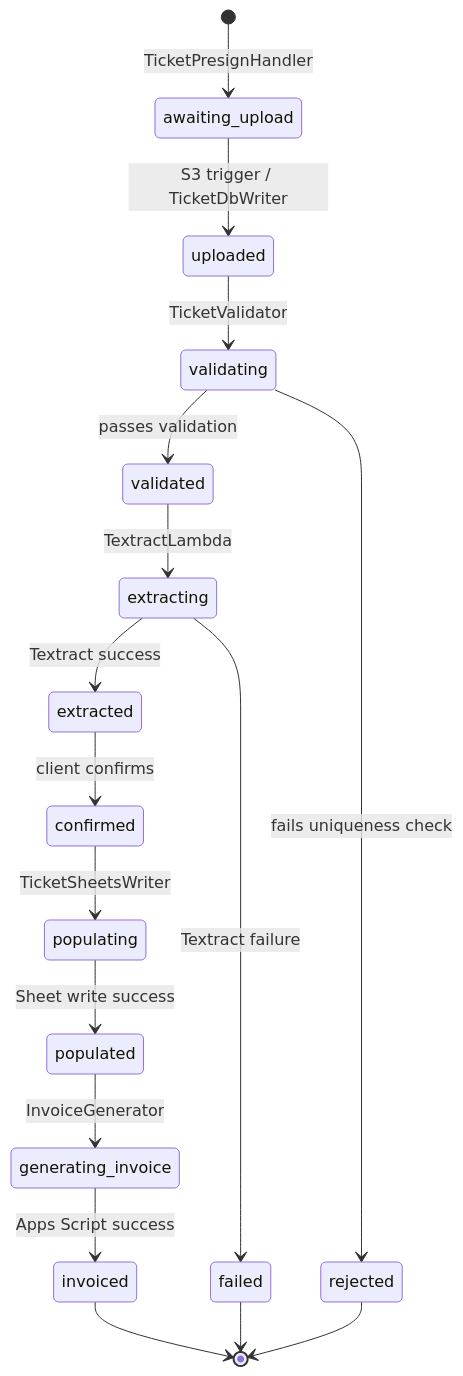
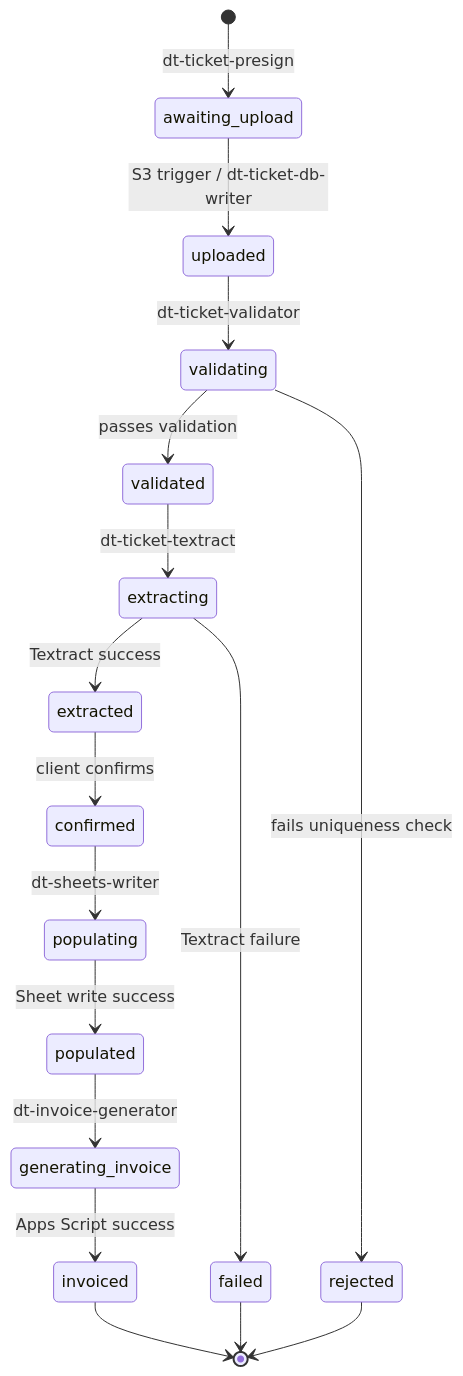
The second of 2 diagrams in ARCHITECTURE.MD (artomatiq/ccs-ticket-backend), drawn with Mermaid before and after one commit. The commit also changed other lines of this file, not shown here.

Commit message:
lambda naming changes

````diff
--- a/ARCHITECTURE.MD
+++ b/ARCHITECTURE.MD
@@ -48,19 +48,19 @@
 ```mermaid
 stateDiagram-v2
-    [*] --> awaiting_upload: TicketPresignHandler
-    awaiting_upload --> uploaded: S3 trigger / TicketDbWriter
-    uploaded --> validating: TicketValidator
+    [*] --> awaiting_upload: dt-ticket-presign
+    awaiting_upload --> uploaded: S3 trigger / dt-ticket-db-writer
+    uploaded --> validating: dt-ticket-validator
     validating --> validated: passes validation
     validating --> rejected: fails uniqueness check
-    validated --> extracting: TextractLambda
+    validated --> extracting: dt-ticket-textract
     extracting --> extracted: Textract success
     extracting --> failed: Textract failure
     extracted --> confirmed: client confirms
-    confirmed --> populating: TicketSheetsWriter
+    confirmed --> populating: dt-sheets-writer
     populating --> populated: Sheet write success
-    populated --> generating_invoice: InvoiceGenerator
+    populated --> generating_invoice: dt-invoice-generator
     generating_invoice --> invoiced: Apps Script success
     invoiced --> [*]
     rejected --> [*]
     failed --> [*]
 ```
````
